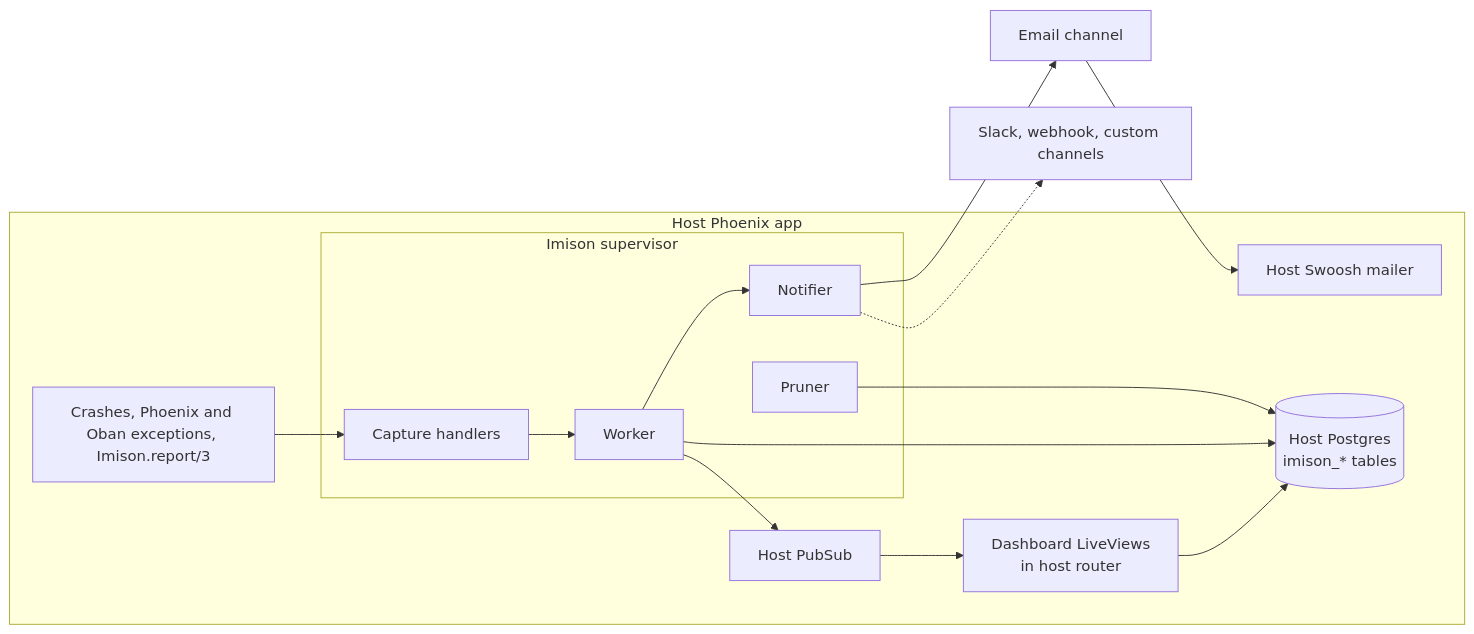
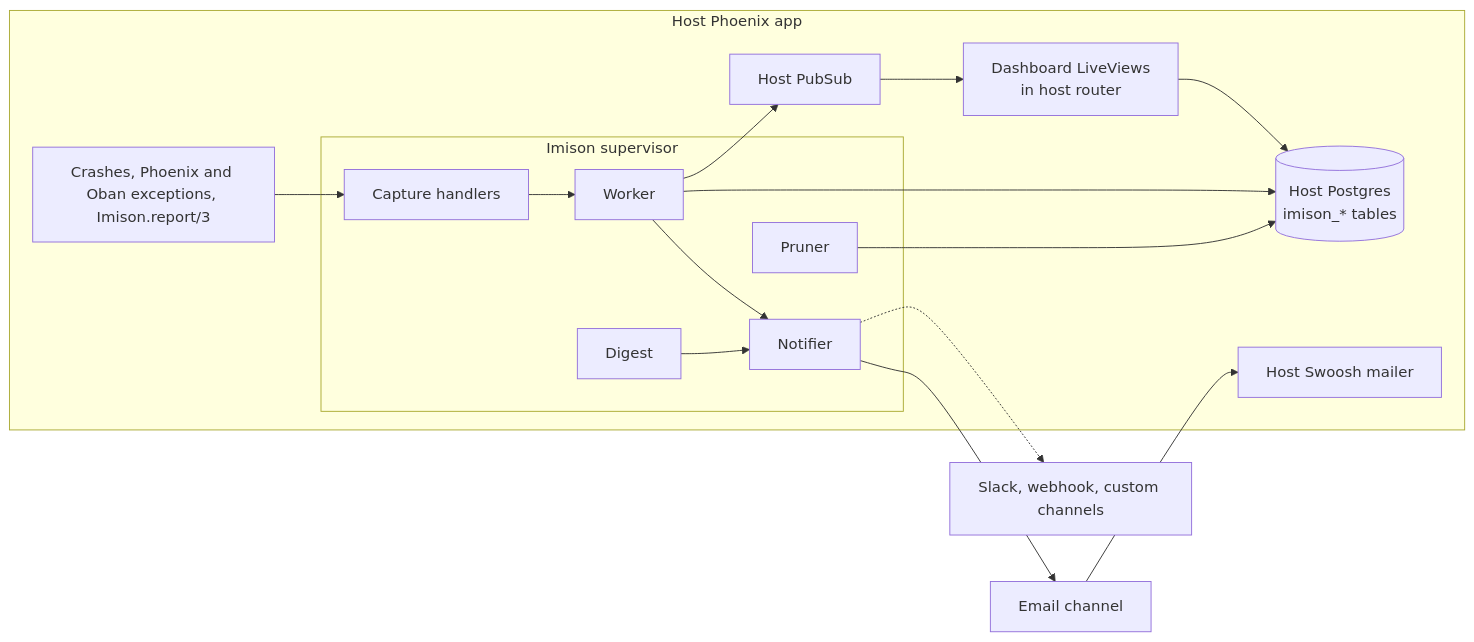
The diagram in docs/PROJECT.md (elpikel/imison), drawn with Mermaid before and after one commit. The commit also changed other lines of this file and 17 other files, not shown here.

````diff
--- a/docs/PROJECT.md
+++ b/docs/PROJECT.md
@@ -13,22 +13,23 @@
 ```mermaid
 flowchart LR
   subgraph host[Host Phoenix app]
     crash[Crashes, Phoenix and Oban exceptions, Imison.report/3]
     subgraph imison[Imison supervisor]
       capture[Capture handlers] --> worker[Worker]
       worker --> notifier[Notifier]
       pruner[Pruner]
+      digest[Digest] --> notifier
     end
     repo[(Host Postgres<br/>imison_* tables)]
     pubsub[Host PubSub]
     dash[Dashboard LiveViews<br/>in host router]
     mailer[Host Swoosh mailer]
   end
   crash --> capture
   worker --> repo
   worker --> pubsub --> dash
   dash --> repo
   pruner --> repo
   notifier --> email[Email channel] --> mailer
   notifier -.-> more[Slack, webhook, custom channels]
 ```
````
